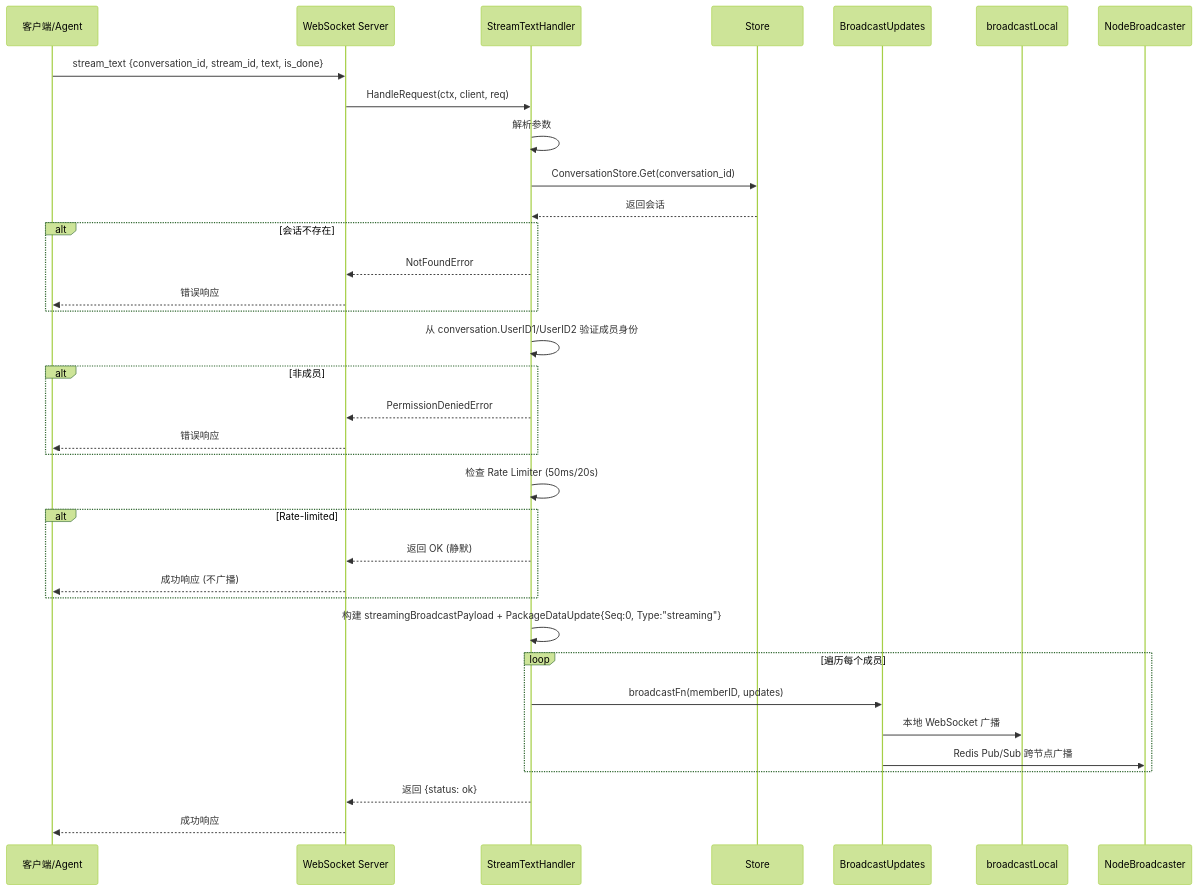
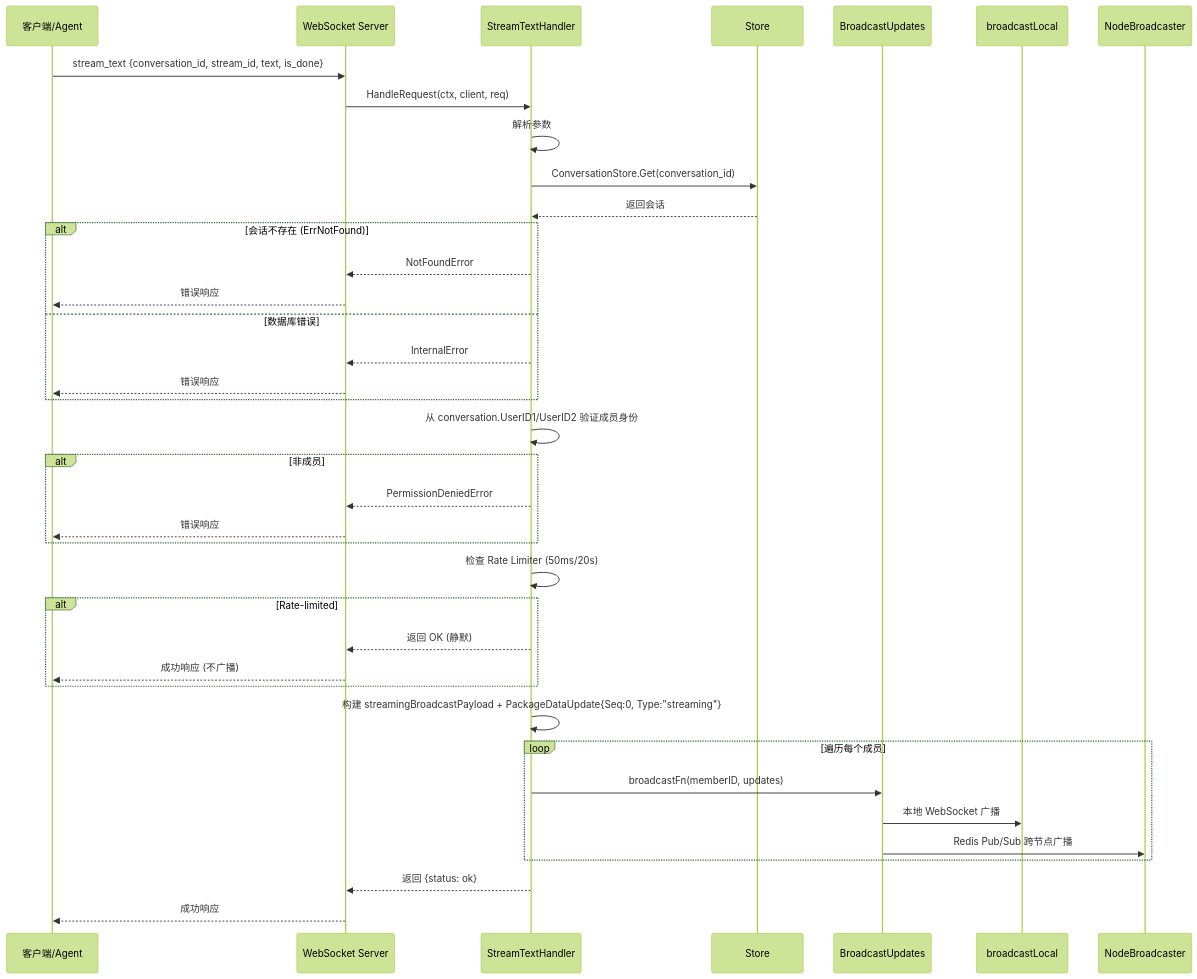
Before and after one commit to PineappleBond/xyncra-server: the first of 8 diagrams in wiki/flows/stream-text.md, drawn with Mermaid (forest theme). The commit also changed other lines of this file and 21 other files, not shown here.

````diff
--- a/wiki/flows/stream-text.md
+++ b/wiki/flows/stream-text.md
@@ -39,46 +39,49 @@
 ```mermaid
 sequenceDiagram
     participant C as 客户端/Agent
     participant WS as WebSocket Server
     participant H as StreamTextHandler
     participant S as Store
     participant BU as BroadcastUpdates
     participant BL as broadcastLocal
     participant NB as NodeBroadcaster
 
     C->>WS: stream_text {conversation_id, stream_id, text, is_done}
     WS->>H: HandleRequest(ctx, client, req)
 
     H->>H: 解析参数
     H->>S: ConversationStore.Get(conversation_id)
     S-->>H: 返回会话
 
-    alt 会话不存在
+    alt 会话不存在 (ErrNotFound)
         H-->>WS: NotFoundError
+        WS-->>C: 错误响应
+    else 数据库错误
+        H-->>WS: InternalError
         WS-->>C: 错误响应
     end
 
     H->>H: 从 conversation.UserID1/UserID2 验证成员身份
 
     alt 非成员
         H-->>WS: PermissionDeniedError
         WS-->>C: 错误响应
     end
 
     H->>H: 检查 Rate Limiter (50ms/20s)
 
     alt Rate-limited
         H-->>WS: 返回 OK (静默)
         WS-->>C: 成功响应 (不广播)
     end
 
     H->>H: 构建 streamingBroadcastPayload + PackageDataUpdate{Seq:0, Type:"streaming"}
     loop 遍历每个成员
         H->>BU: broadcastFn(memberID, updates)
         BU->>BL: 本地 WebSocket 广播
         BU->>NB: Redis Pub/Sub 跨节点广播
     end
 
     H-->>WS: 返回 {status: ok}
     WS-->>C: 成功响应
 ```
````
